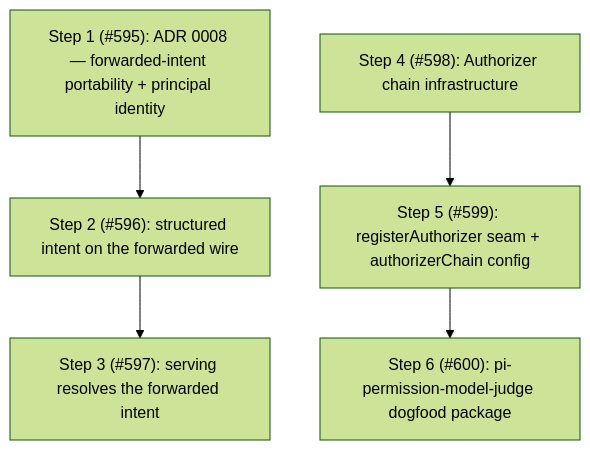
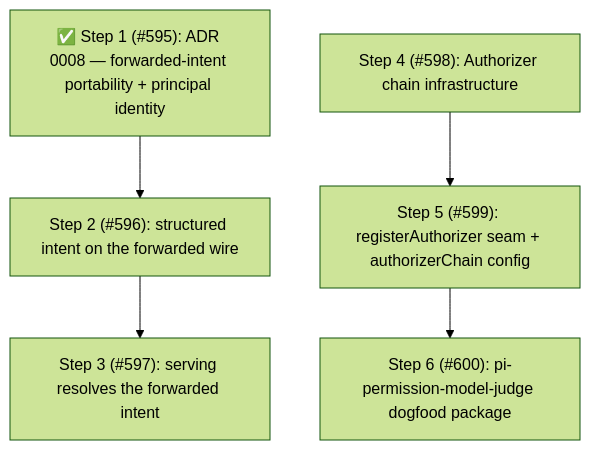
One commit to sycghj/pi-permission-system changed the fourth of 4 diagrams in docs/architecture/architecture.md. Above: the diagram before and after it, drawn with Mermaid (forest theme). The commit also changed other lines of this file, not shown here.

Commit message:
docs(pi-permission-system): mark Phase 12 Step 1 complete (#595)

````diff
--- a/docs/architecture/architecture.md
+++ b/docs/architecture/architecture.md
@@ -909,7 +912,7 @@
 ```mermaid
 flowchart TD
-    S1["Step 1 (#595): ADR 0008 — forwarded-intent portability + principal identity"] --> S2["Step 2 (#596): structured intent on the forwarded wire"]
+    S1["✅ Step 1 (#595): ADR 0008 — forwarded-intent portability + principal identity"] --> S2["Step 2 (#596): structured intent on the forwarded wire"]
     S2 --> S3["Step 3 (#597): serving resolves the forwarded intent"]
     S4["Step 4 (#598): Authorizer chain infrastructure"] --> S5["Step 5 (#599): registerAuthorizer seam + authorizerChain config"]
     S5 --> S6["Step 6 (#600): pi-permission-model-judge dogfood package"]
 ```
````
